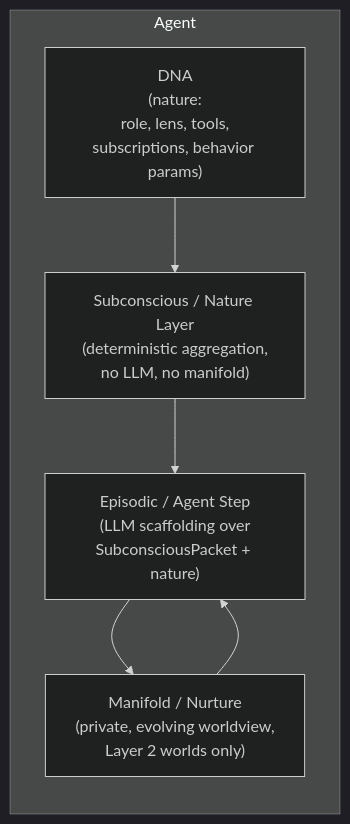
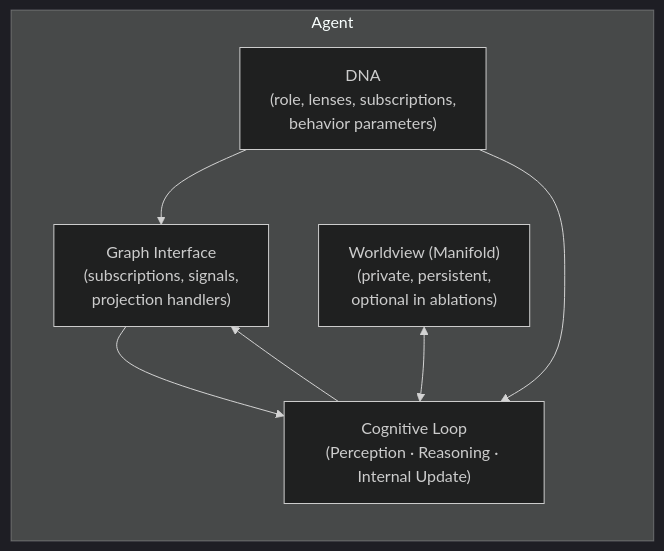
Before and after one commit to evanfollis/synaplex: the fourth of 4 diagrams in README.md, drawn with Mermaid (dark theme). The commit also changed other lines of this file and 42 other files, not shown here.

````diff
--- a/README.md
+++ b/README.md
@@ -355,15 +542,16 @@
 ```mermaid
 flowchart TB
     subgraph Agent["Agent"]
         direction TB
-        DNA["DNA\n(nature:\nrole, lens, tools,\nsubscriptions, behavior params)"]
-        DETL["Subconscious / Nature Layer\n(deterministic aggregation,\nno LLM, no manifold)"]
-        EP["Episodic / Agent Step\n(LLM scaffolding over\nSubconsciousPacket + nature)"]
-        MF["Manifold / Nurture\n(private, evolving worldview,\nLayer 2 worlds only)"]
+        DNA["DNA\n(role, lenses, subscriptions,\nbehavior parameters)"]
+        IFACE["Graph Interface\n(subscriptions, signals,\nprojection handlers)"]
+        LOOP["Cognitive Loop\n(Perception · Reasoning · Internal Update)"]
+        MF["Worldview (Manifold)\n(private, persistent,\noptional in ablations)"]
     end
 
-    DNA --> DETL
-    DETL --> EP
-    MF --> EP
-    EP --> MF
+    DNA --> IFACE
+    DNA --> LOOP
+    IFACE --> LOOP
+    LOOP --> IFACE
+    MF <--> LOOP
 ```
````
